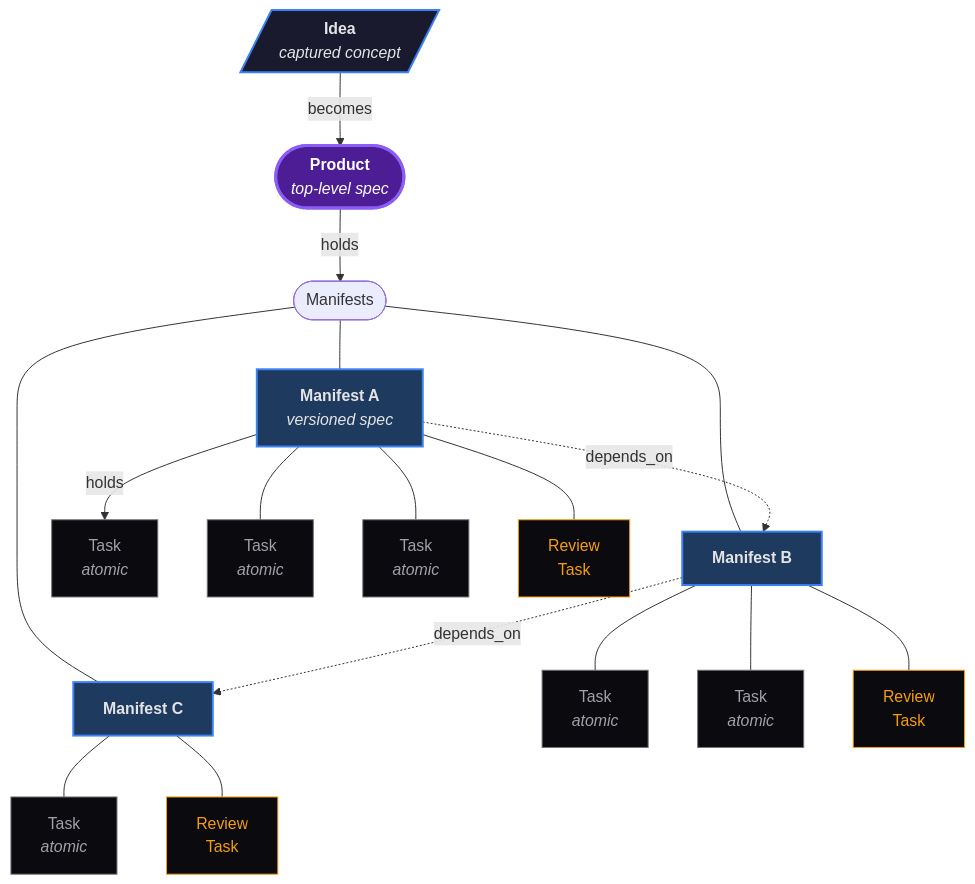
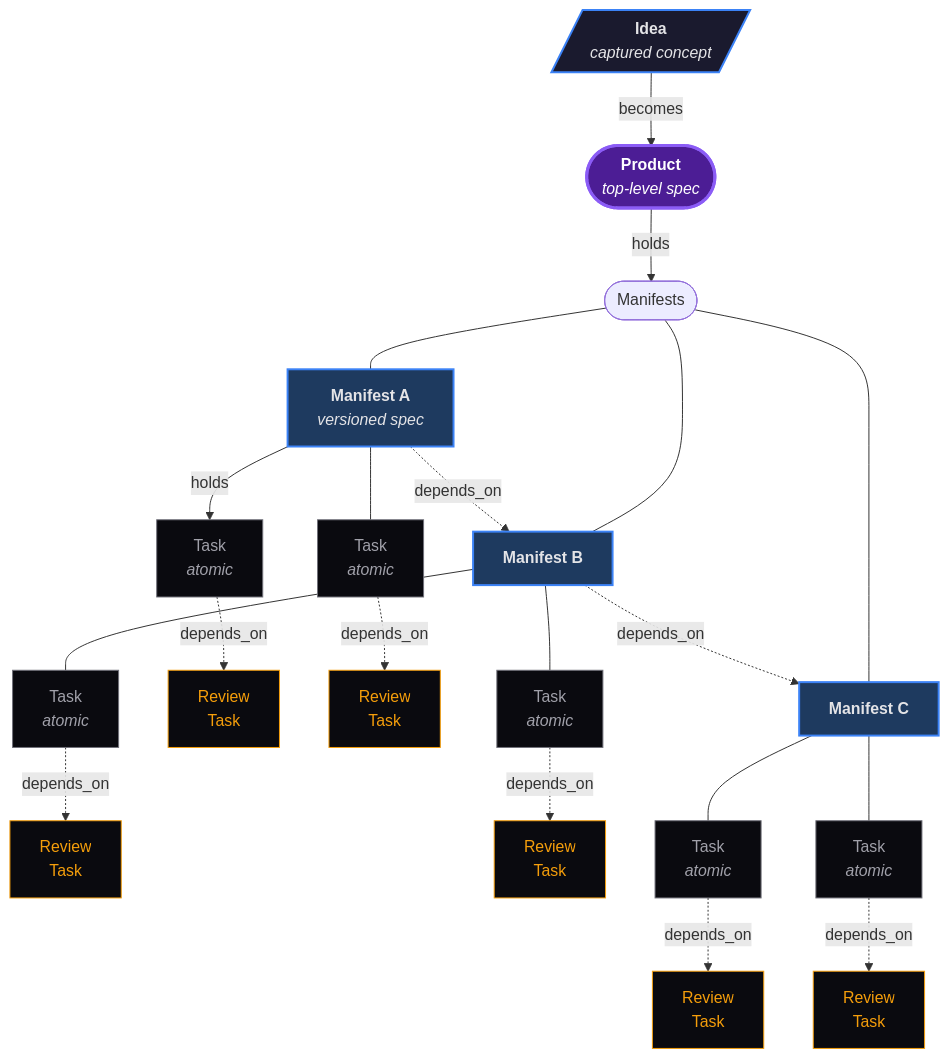
One commit to k8nstantin/OpenPraxis changed the first of 2 diagrams in README.md. Above: the diagram before and after it, drawn with Mermaid. The commit also changed other lines of this file, not shown here.

First paragraph of the commit message:
docs(readme): Review Tasks chained off their parent Task (depends_on), not Manifest siblings (#172)
* docs(readme): Review Tasks chained off their parent Task (depends_on), not Manifest siblings

````diff
--- a/README.md
+++ b/README.md
@@ -13,30 +13,33 @@
 ```mermaid
 flowchart TB
     Idea[/"<b>Idea</b><br/><i>captured concept</i>"/]:::idea -->|becomes| P
 
     P(["<b>Product</b><br/><i>top-level spec</i>"]):::product -->|holds| MH([Manifests])
 
     MH --- M1["<b>Manifest A</b><br/><i>versioned spec</i>"]:::manifest
     MH --- M2["<b>Manifest B</b>"]:::manifest
     MH --- M3["<b>Manifest C</b>"]:::manifest
     M1 -. depends_on .-> M2
     M2 -. depends_on .-> M3
 
     M1 -->|holds| T1a["Task<br/><i>atomic</i>"]:::task
     M1 --- T1b["Task<br/><i>atomic</i>"]:::task
-    M1 --- T1c["Task<br/><i>atomic</i>"]:::task
-    M1 --- R1[Review<br/>Task]:::review
+    T1a -. depends_on .-> R1a[Review<br/>Task]:::review
+    T1b -. depends_on .-> R1b[Review<br/>Task]:::review
 
     M2 --- T2a["Task<br/><i>atomic</i>"]:::task
     M2 --- T2b["Task<br/><i>atomic</i>"]:::task
-    M2 --- R2[Review<br/>Task]:::review
+    T2a -. depends_on .-> R2a[Review<br/>Task]:::review
+    T2b -. depends_on .-> R2b[Review<br/>Task]:::review
 
     M3 --- T3a["Task<br/><i>atomic</i>"]:::task
-    M3 --- R3[Review<br/>Task]:::review
+    M3 --- T3b["Task<br/><i>atomic</i>"]:::task
+    T3a -. depends_on .-> R3a[Review<br/>Task]:::review
+    T3b -. depends_on .-> R3b[Review<br/>Task]:::review
 
     classDef idea fill:#1a1a2e,stroke:#3b82f6,stroke-width:2px,color:#e4e4e7
     classDef product fill:#4c1d95,stroke:#8b5cf6,stroke-width:3px,color:#fff
     classDef manifest fill:#1e3a5f,stroke:#3b82f6,stroke-width:2px,color:#e4e4e7
     classDef task fill:#0a0a0f,stroke:#71717a,color:#a1a1aa
     classDef review fill:#0a0a0f,stroke:#f59e0b,color:#f59e0b
 ```
````
